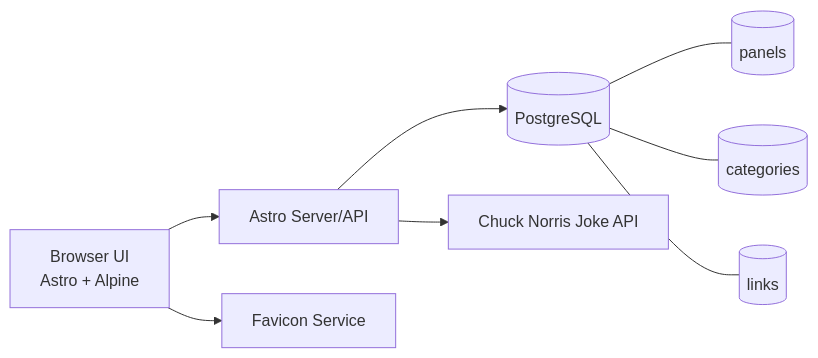
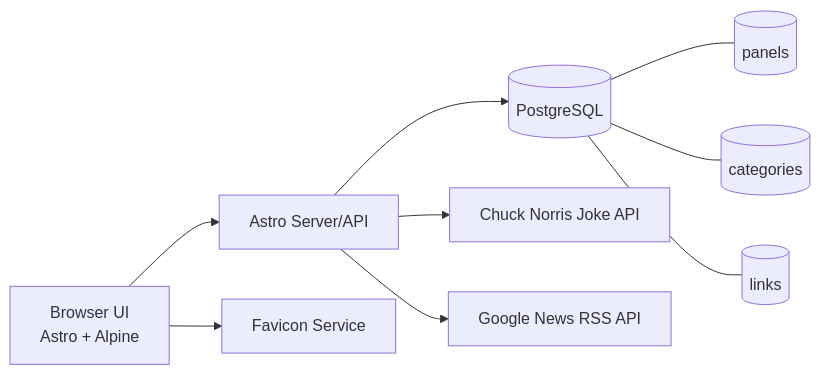
One commit to macho-prawn/personal-dashboard changed the diagram in README.md. Above: the diagram before and after it, drawn with Mermaid. The commit also changed other lines of this file and 5 other files, not shown here.

````diff
--- a/README.md
+++ b/README.md
@@ -50,11 +69,12 @@
 ```mermaid
 flowchart LR
   U[Browser UI\nAstro + Alpine] --> API[Astro Server/API]
   API --> DB[(PostgreSQL)]
   API --> J[Chuck Norris Joke API]
+  API --> G[Google News RSS API]
   U --> F[Favicon Service]
 
   DB --- P[(panels)]
   DB --- C[(categories)]
   DB --- L[(links)]
 ```
````
